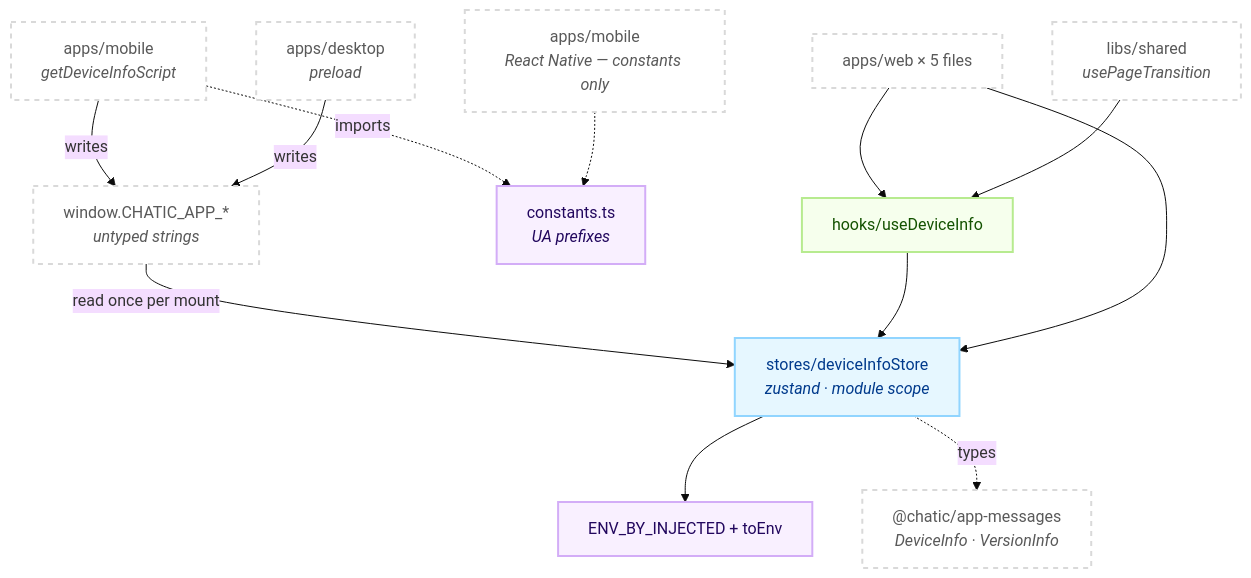
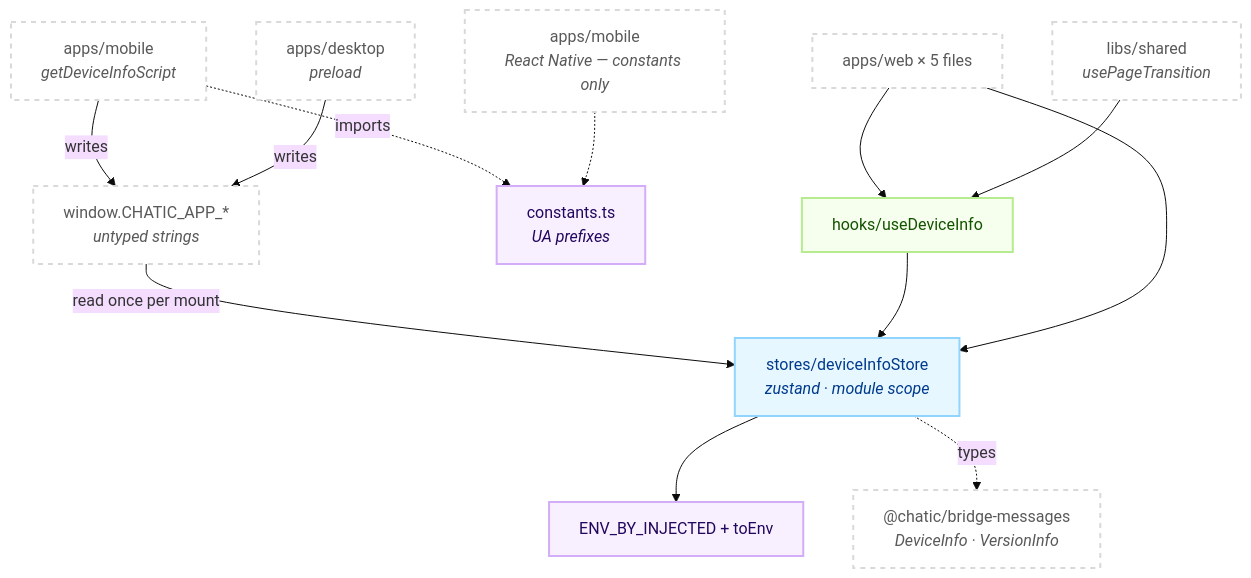
The first of 2 diagrams in libs/device-utils/README.md (lemoncloud-io/dou-app), drawn with Mermaid (base theme) before and after one commit. The commit also changed other lines of this file and 313 other files, not shown here.

First line of the commit message:
refactor(bridge-messages): rename @chatic/app-messages to @chatic/bridge-messages

````diff
--- a/libs/device-utils/README.md
+++ b/libs/device-utils/README.md
@@ -87,34 +87,34 @@
 ```mermaid
 flowchart TD
     classDef store fill:#e6f7ff,stroke:#91d5ff,stroke-width:2px,color:#003a8c;
     classDef hook fill:#f6ffed,stroke:#b7eb8f,stroke-width:2px,color:#135200;
     classDef pure fill:#f9f0ff,stroke:#d3adf7,stroke-width:2px,color:#22075e;
     classDef ext fill:#ffffff,stroke:#d9d9d9,stroke-width:2px,color:#595959,stroke-dasharray: 5 5;
 
     Mobile["apps/mobile<br/><i>getDeviceInfoScript</i>"]:::ext
     Desktop["apps/desktop<br/><i>preload</i>"]:::ext
     Globals["window.CHATIC_APP_*<br/><i>untyped strings</i>"]:::ext
 
     Store["stores/deviceInfoStore<br/><i>zustand · module scope</i>"]:::store
     Env["ENV_BY_INJECTED + toEnv"]:::pure
     Const["constants.ts<br/><i>UA prefixes</i>"]:::pure
 
     UseDev["hooks/useDeviceInfo"]:::hook
 
     Web["apps/web × 5 files"]:::ext
     Shared["libs/shared<br/><i>usePageTransition</i>"]:::ext
     RN["apps/mobile<br/><i>React Native — constants only</i>"]:::ext
-    Msgs["@chatic/app-messages<br/><i>DeviceInfo · VersionInfo</i>"]:::ext
+    Msgs["@chatic/bridge-messages<br/><i>DeviceInfo · VersionInfo</i>"]:::ext
 
     Mobile -->|writes| Globals
     Desktop -->|writes| Globals
     Mobile -.->|imports| Const
     Globals -->|read once per mount| Store
     Store --> Env
     Store -.->|types| Msgs
     UseDev --> Store
     Web --> UseDev
     Web --> Store
     Shared --> UseDev
     RN -.-> Const
 ```
````
